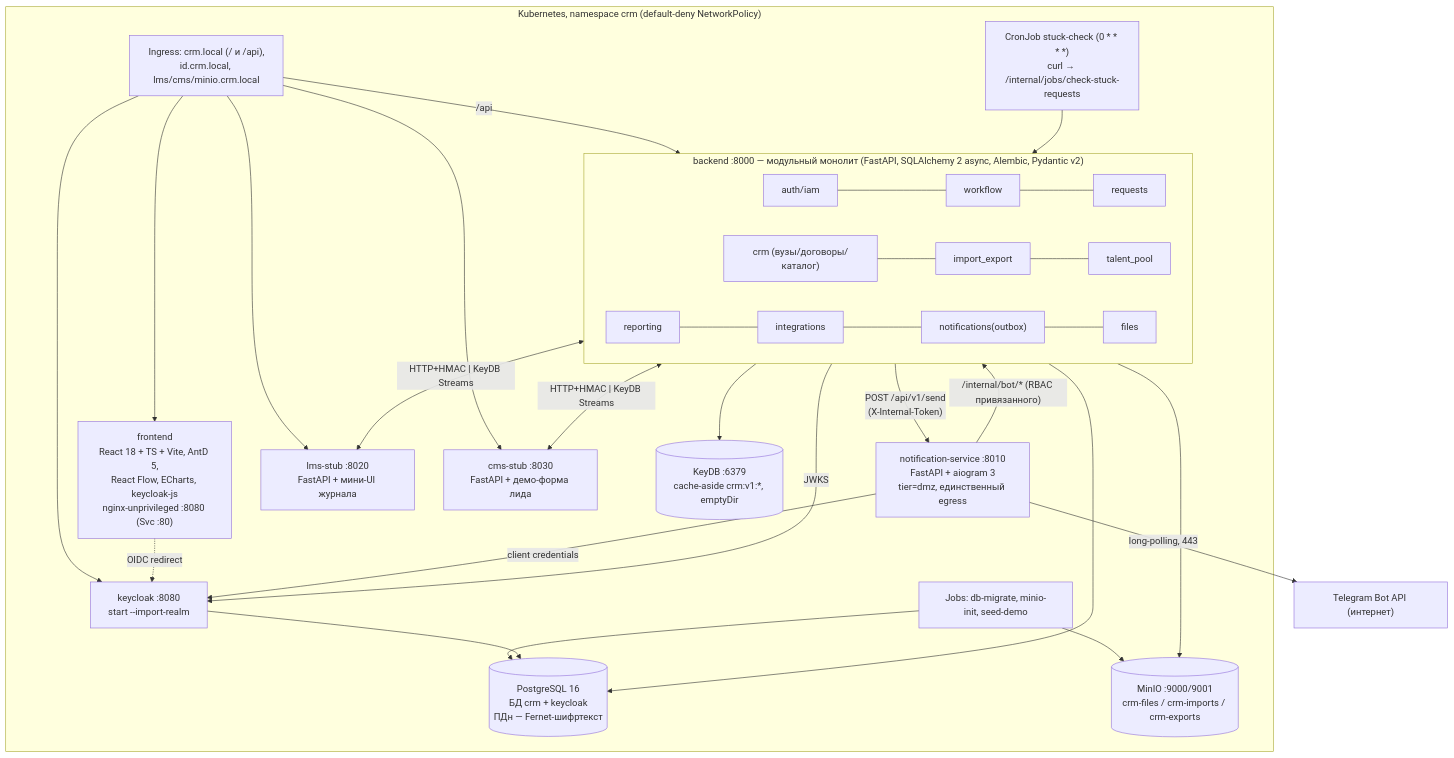
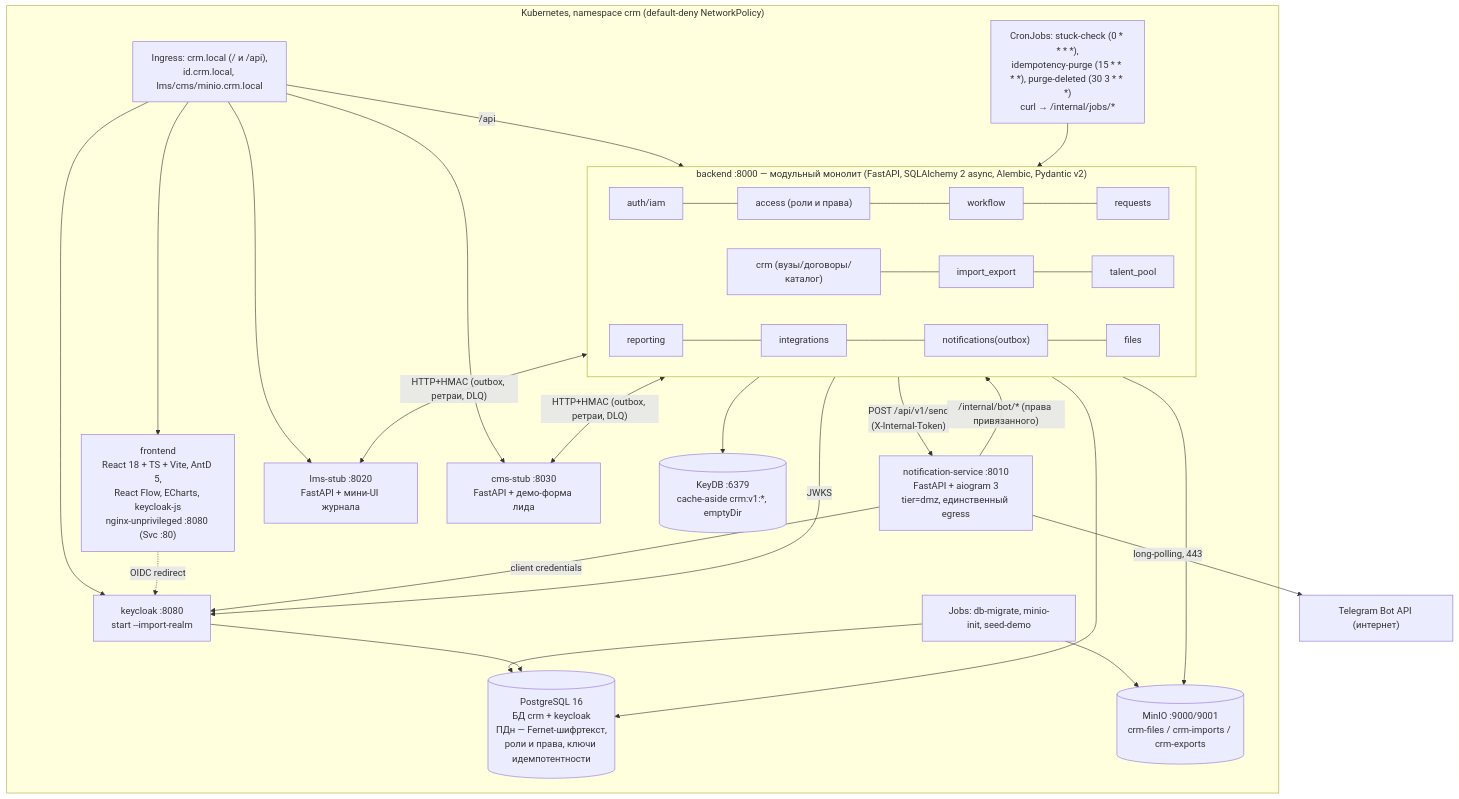
One commit to ilya2108/Collabse-LCT-Alma changed the second of 2 diagrams in docs/design/OVERVIEW.md. Above: the diagram before and after it, drawn with Mermaid. The commit also changed other lines of this file and 26 other files, not shown here.

````diff
--- a/docs/design/OVERVIEW.md
+++ b/docs/design/OVERVIEW.md
@@ -100,42 +131,42 @@
 ```mermaid
 flowchart TB
     subgraph k8s["Kubernetes, namespace crm (default-deny NetworkPolicy)"]
         ING["Ingress: crm.local (/ и /api),\nid.crm.local, lms/cms/minio.crm.local"]
 
         FE["frontend\nReact 18 + TS + Vite, AntD 5,\nReact Flow, ECharts, keycloak-js\nnginx-unprivileged :8080 (Svc :80)"]
 
         subgraph BE["backend :8000 — модульный монолит (FastAPI, SQLAlchemy 2 async, Alembic, Pydantic v2)"]
-            M1["auth/iam"] --- M2["workflow"] --- M3["requests"]
+            M1["auth/iam"] --- M11["access (роли и права)"] --- M2["workflow"] --- M3["requests"]
             M4["crm (вузы/договоры/каталог)"] --- M5["import_export"] --- M6["talent_pool"]
             M7["reporting"] --- M8["integrations"] --- M9["notifications(outbox)"] --- M10["files"]
         end
 
         NT["notification-service :8010\nFastAPI + aiogram 3\ntier=dmz, единственный egress"]
         LST["lms-stub :8020\nFastAPI + мини-UI журнала"]
         CST["cms-stub :8030\nFastAPI + демо-форма лида"]
         KCC["keycloak :8080\nstart --import-realm"]
 
-        PG[("PostgreSQL 16\nБД crm + keycloak\nПДн — Fernet-шифртекст")]
+        PG[("PostgreSQL 16\nБД crm + keycloak\nПДн — Fernet-шифртекст,\nроли и права, ключи идемпотентности")]
         S3[("MinIO :9000/9001\ncrm-files / crm-imports / crm-exports")]
         KD[("KeyDB :6379\ncache-aside crm:v1:*, emptyDir")]
 
-        CRON["CronJob stuck-check (0 * * * *)\ncurl → /internal/jobs/check-stuck-requests"]
+        CRON["CronJobs: stuck-check (0 * * * *),\nidempotency-purge (15 * * * *), purge-deleted (30 3 * * *)\ncurl → /internal/jobs/*"]
         JOBS["Jobs: db-migrate, minio-init, seed-demo"]
     end
     TGAPI["Telegram Bot API (интернет)"]
 
     ING --> FE
     ING -->|"/api"| BE
     ING --> KCC & LST & CST
     FE -.->|"OIDC redirect"| KCC
     BE --> PG & S3 & KD
     BE -->|"JWKS"| KCC
-    BE <-->|"HTTP+HMAC | KeyDB Streams"| LST & CST
+    BE <-->|"HTTP+HMAC (outbox, ретраи, DLQ)"| LST & CST
     BE -->|"POST /api/v1/send\n(X-Internal-Token)"| NT
     NT -->|"client credentials"| KCC
-    NT -->|"/internal/bot/* (RBAC привязанного)"| BE
+    NT -->|"/internal/bot/* (права привязанного)"| BE
     NT -->|"long-polling, 443"| TGAPI
     CRON --> BE
     JOBS --> PG & S3
     KCC --> PG
 ```
````
